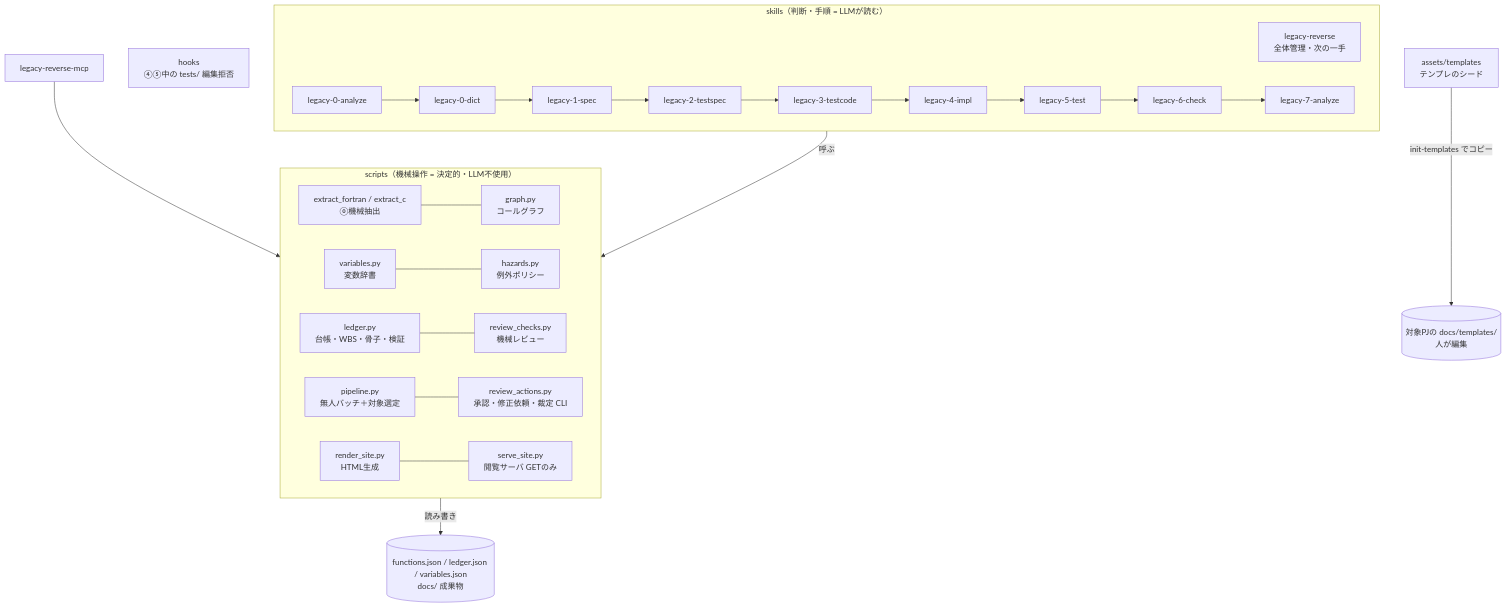
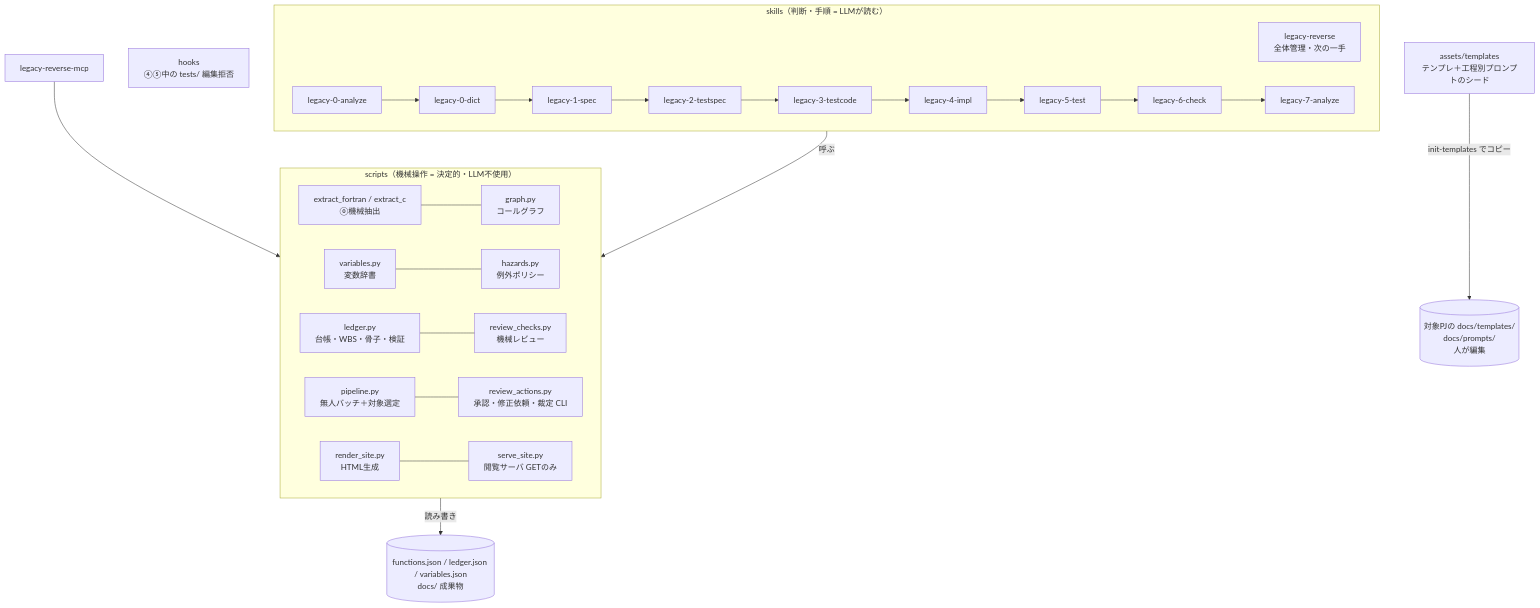
Before and after one commit to ctenopoma/skills: the diagram in legacy-reverse/ARCHITECTURE.md, drawn with Mermaid. The commit also changed other lines of this file and 18 other files, not shown here.

````diff
--- a/legacy-reverse/ARCHITECTURE.md
+++ b/legacy-reverse/ARCHITECTURE.md
@@ -8,21 +8,21 @@
 ```mermaid
 graph TB
   subgraph skill["skills（判断・手順 = LLMが読む）"]
     P[legacy-reverse<br>全体管理・次の一手]
     S0[legacy-0-analyze] --> SD[legacy-0-dict] --> S1[legacy-1-spec] --> S2[legacy-2-testspec]
     S2 --> S3[legacy-3-testcode] --> S4[legacy-4-impl] --> S5[legacy-5-test]
     S5 --> S6[legacy-6-check] --> S7[legacy-7-analyze]
   end
   subgraph scripts["scripts（機械操作 = 決定的・LLM不使用）"]
     EX[extract_fortran / extract_c<br>⓪機械抽出] --- GR[graph.py<br>コールグラフ]
     VA[variables.py<br>変数辞書] --- HZ[hazards.py<br>例外ポリシー]
     LG[ledger.py<br>台帳・WBS・骨子・検証] --- RV[review_checks.py<br>機械レビュー]
     PL[pipeline.py<br>無人バッチ＋対象選定] --- RA[review_actions.py<br>承認・修正依頼・裁定 CLI]
     RS[render_site.py<br>HTML生成] --- SS[serve_site.py<br>閲覧サーバ GETのみ]
   end
   HK[hooks<br>④⑤中の tests/ 編集拒否]
-  TP[assets/templates<br>テンプレのシード] -->|init-templates でコピー| PJT[(対象PJの docs/templates/<br>人が編集)]
+  TP[assets/templates<br>テンプレ＋工程別プロンプトのシード] -->|init-templates でコピー| PJT[(対象PJの docs/templates/<br>docs/prompts/<br>人が編集)]
   MCP[legacy-reverse-mcp] --> scripts
   skill -->|呼ぶ| scripts
   scripts -->|読み書き| DATA[(functions.json / ledger.json / variables.json<br>docs/ 成果物)]
 ```
````
